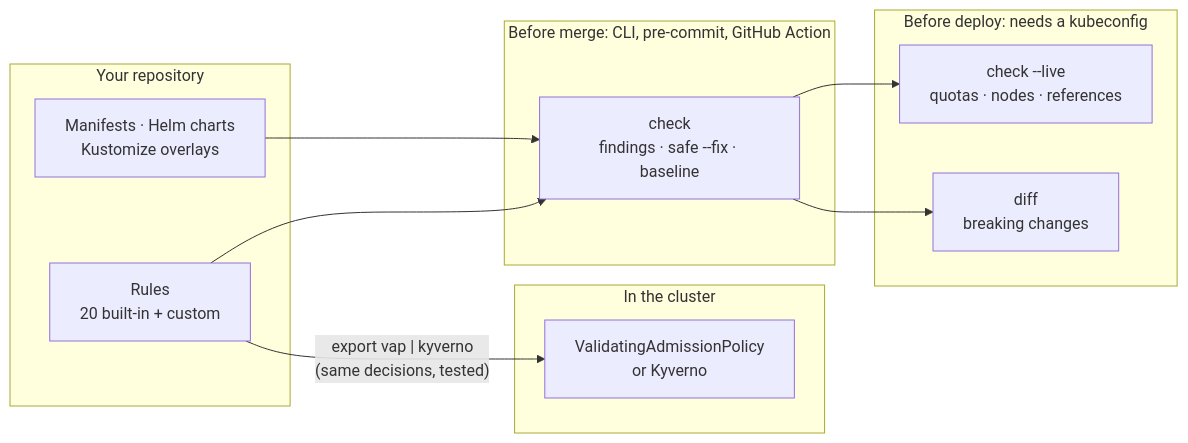
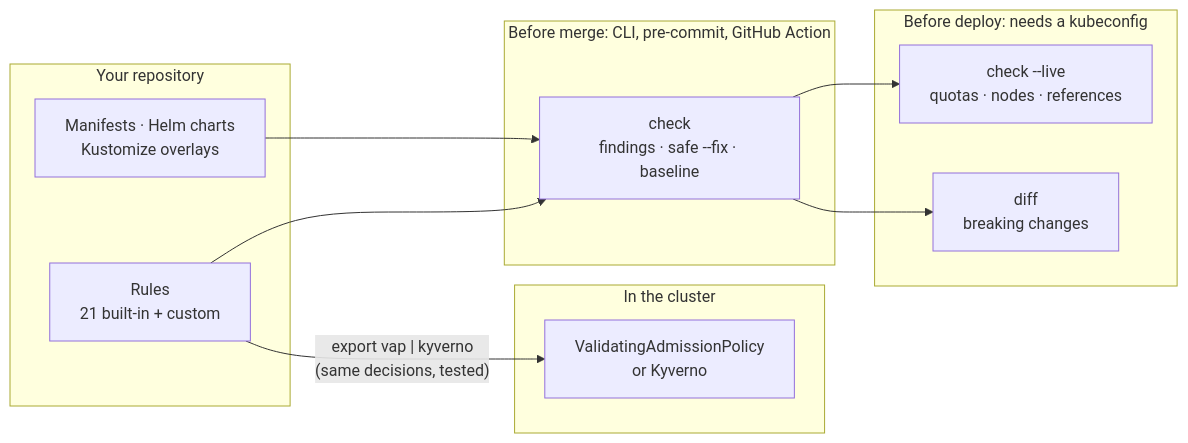
One commit to actions-marketplace-validations/andronaft_k8s-guardian changed the diagram in README.md. Above: the diagram before and after it, drawn with Mermaid. The commit also changed other lines of this file and 10 other files, not shown here.

````diff
--- a/README.md
+++ b/README.md
@@ -20,22 +20,22 @@
 ```mermaid
 flowchart LR
     subgraph repo["Your repository"]
         M["Manifests · Helm charts<br/>Kustomize overlays"]
-        R["Rules<br/>20 built-in + custom"]
+        R["Rules<br/>21 built-in + custom"]
     end
     subgraph ci["Before merge: CLI, pre-commit, GitHub Action"]
         C["check<br/>findings · safe --fix · baseline"]
     end
     subgraph deploy["Before deploy: needs a kubeconfig"]
         L["check --live<br/>quotas · nodes · references"]
         D["diff<br/>breaking changes"]
     end
     subgraph cluster["In the cluster"]
         A["ValidatingAdmissionPolicy<br/>or Kyverno"]
     end
     M --> C
     R --> C
     C --> L
     C --> D
     R -- "export vap | kyverno<br/>(same decisions, tested)" --> A
 ```
````
